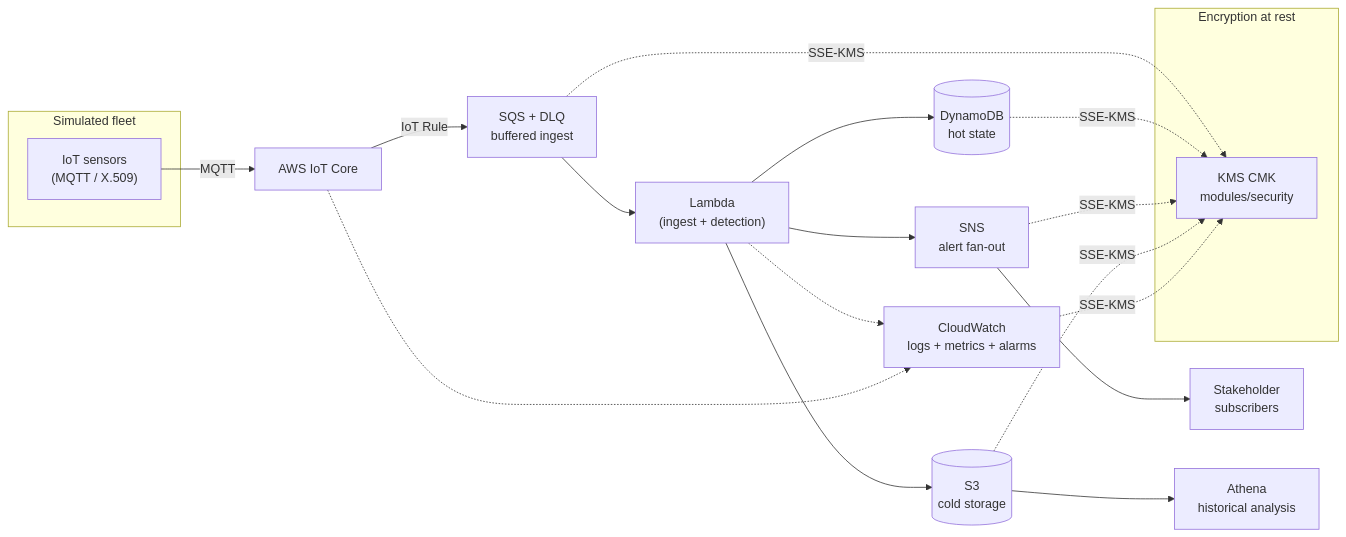
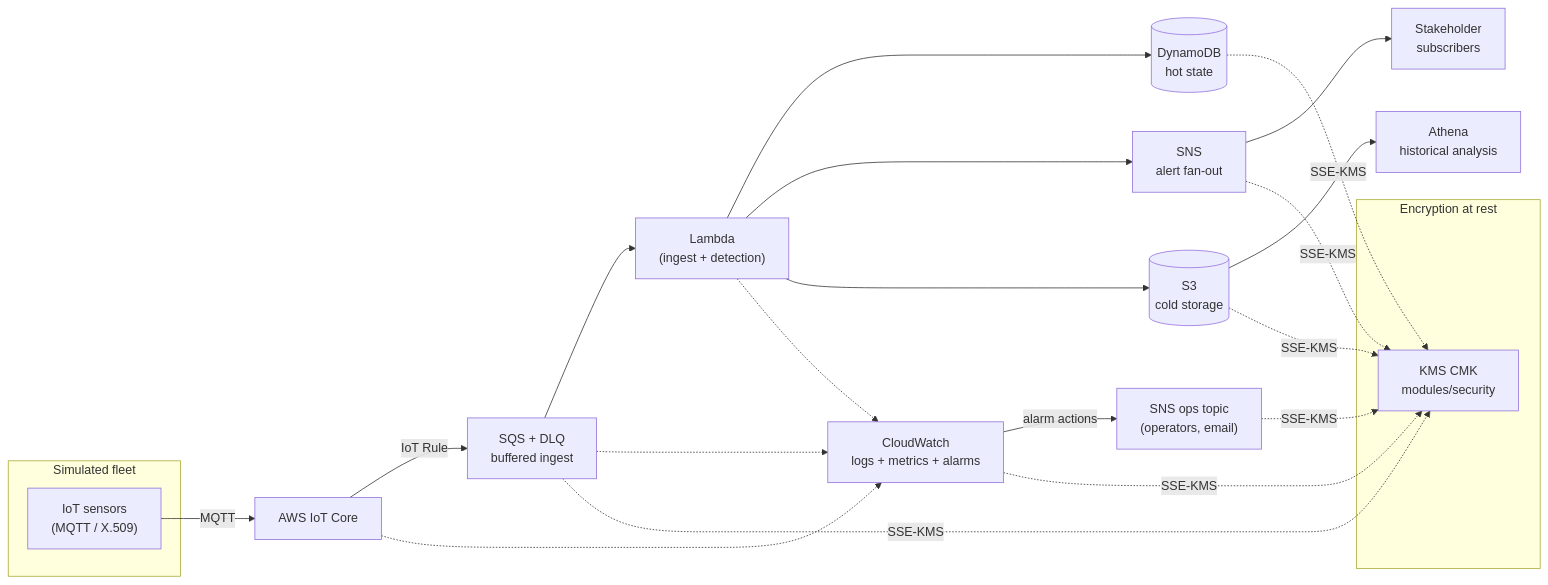
Before and after one commit to jssutachan/pyrosense-infrastructure: the diagram in README.md, drawn with Mermaid. The commit also changed other lines of this file and 12 other files, not shown here.

````diff
--- a/README.md
+++ b/README.md
@@ -45,29 +49,32 @@
 ```mermaid
 flowchart LR
     subgraph Edge["Simulated fleet"]
         S["IoT sensors<br/>(MQTT / X.509)"]
     end
 
     S -->|MQTT| IOT["AWS IoT Core"]
     IOT -->|IoT Rule| SQS["SQS + DLQ<br/>buffered ingest"]
     SQS --> L["Lambda<br/>(ingest + detection)"]
     L --> DDB[("DynamoDB<br/>hot state")]
     L --> SNS["SNS<br/>alert fan-out"]
     SNS --> SUB["Stakeholder<br/>subscribers"]
     L --> S3[("S3<br/>cold storage")]
     S3 --> ATH["Athena<br/>historical analysis"]
 
     CW["CloudWatch<br/>logs + metrics + alarms"]
     L -.-> CW
     IOT -.-> CW
+    SQS -.-> CW
+    CW -->|alarm actions| OPS["SNS ops topic<br/>(operators, email)"]
 
     subgraph Crypto["Encryption at rest"]
         KMS["KMS CMK<br/>modules/security"]
     end
 
     SQS -.->|SSE-KMS| KMS
     DDB -.->|SSE-KMS| KMS
     SNS -.->|SSE-KMS| KMS
     S3 -.->|SSE-KMS| KMS
     CW -.->|SSE-KMS| KMS
+    OPS -.->|SSE-KMS| KMS
 ```
````
